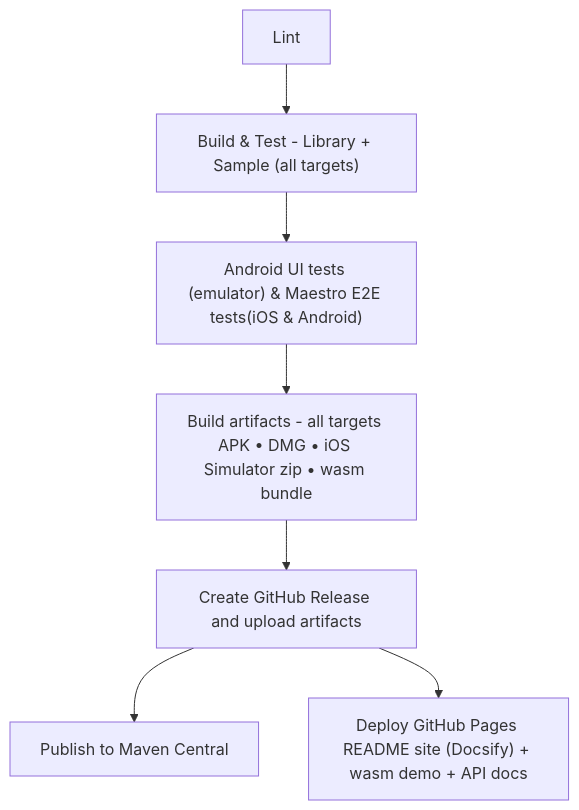
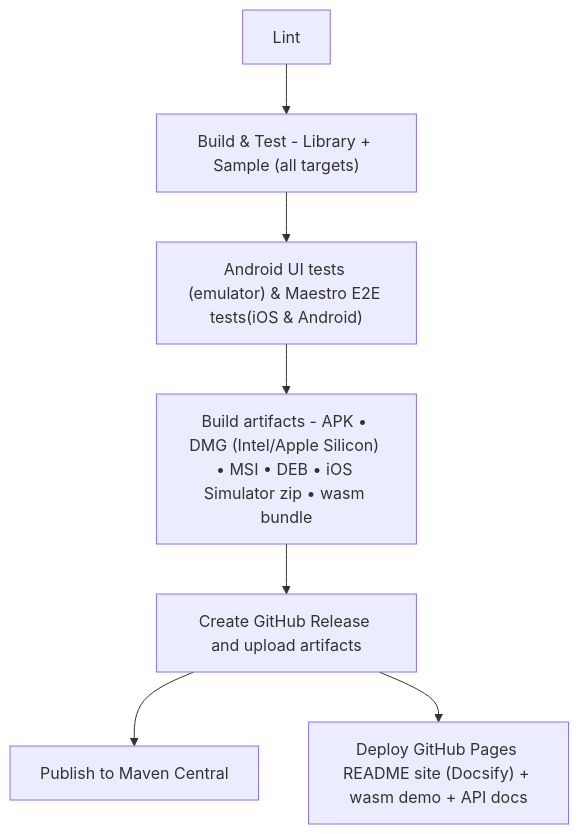
One commit to aryapreetam/cmp-lib-template changed the diagram in README.MD. Above: the diagram before and after it, drawn with Mermaid. The commit also changed other lines of this file and 7 other files, not shown here.

Commit message:
feat: add Linux DEB build support to CI pipeline and update README documentation

````diff
--- a/README.MD
+++ b/README.MD
@@ -241,9 +250,9 @@
 ```mermaid
 flowchart TD
     A["Lint"] --> B["Build & Test - Library + Sample (all targets)"]
     B --> C["Android UI tests (emulator) & Maestro E2E tests(iOS & Android)"]
-    C --> D["Build artifacts - all targets APK • DMG • iOS Simulator zip • wasm bundle"]
+    C --> D["Build artifacts - APK • DMG (Intel/Apple Silicon) • MSI • DEB • iOS Simulator zip • wasm bundle"]
     D --> E["Create GitHub Release and upload artifacts"]
     E --> F["Publish to Maven Central"]
     E --> G["Deploy GitHub Pages README site (Docsify) + wasm demo + API docs"]
 ```
````
